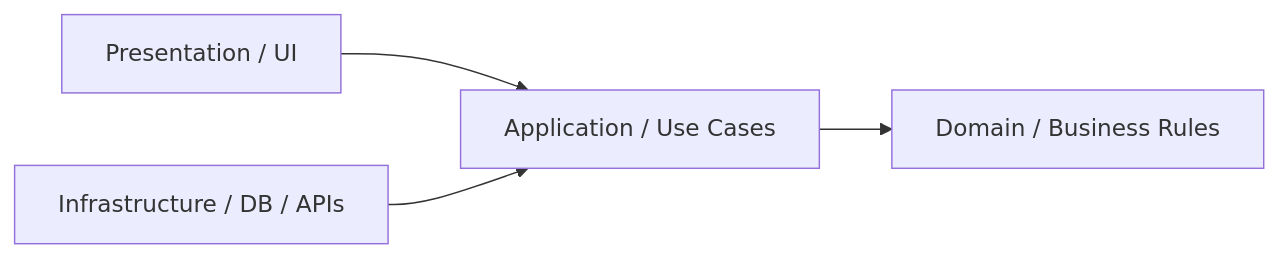
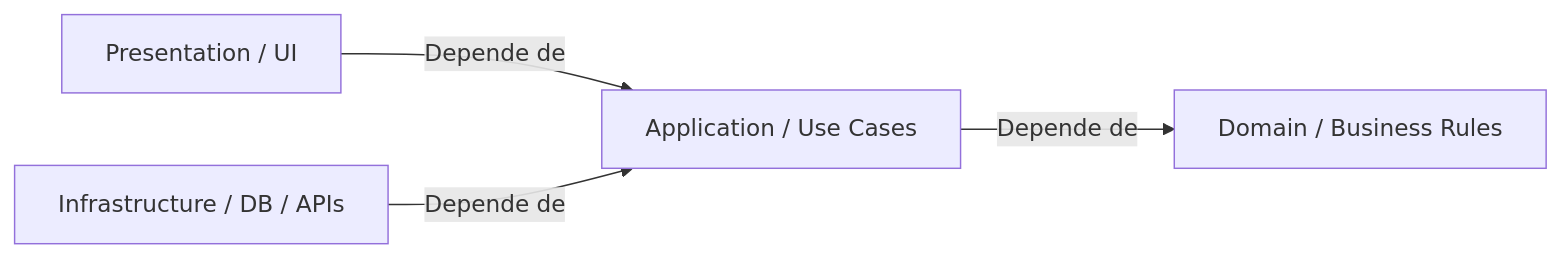
The diagram in docs/about/how-we-teach.md (HernanFAR/teaching), drawn with Mermaid before and after one commit. The commit also changed other lines of this file, not shown here.

````diff
--- a/docs/about/how-we-teach.md
+++ b/docs/about/how-we-teach.md
@@ -66,11 +66,11 @@
 ```mermaid
 flowchart LR
     P[Presentation / UI]
     I[Infrastructure / DB / APIs]
     A[Application / Use Cases]
     D[Domain / Business Rules]
 
-    P --> A
-    I --> A
-    A --> D
+    P -- Depende de --> A
+    I -- Depende de --> A
+    A -- Depende de --> D
 ```
````
